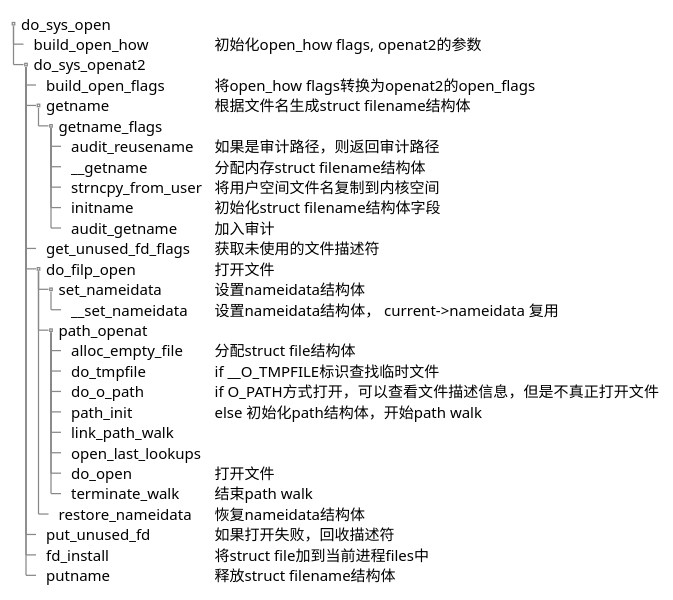
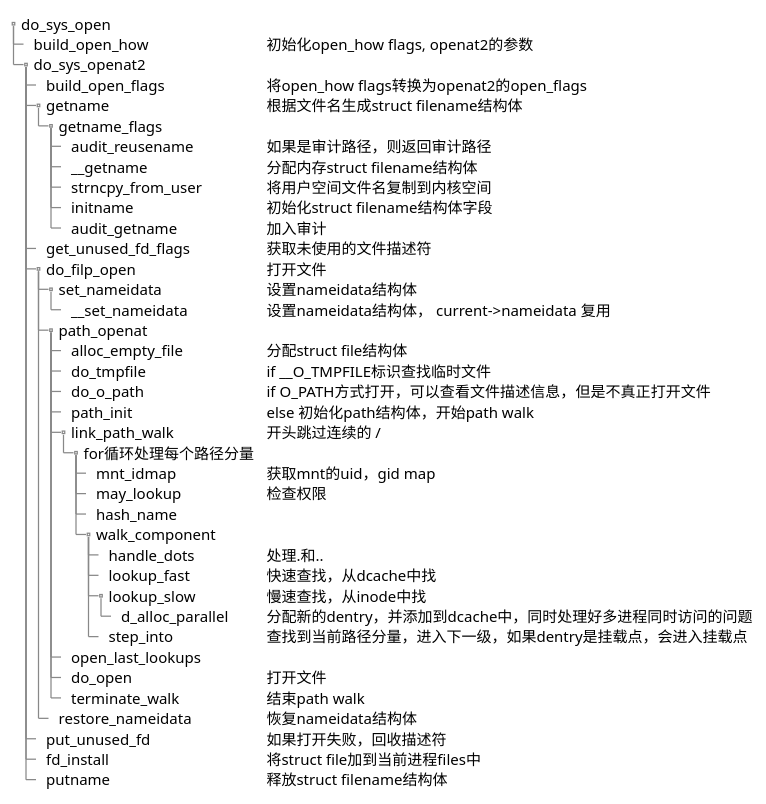
The first of 2 diagrams in notes/file.md (hml1006/linux-comment), drawn with PlantUML before and after one commit. The commit also changed other lines of this file, not shown here.

Commit message:
更新write flow文档

````diff
--- a/notes/file.md
+++ b/notes/file.md
@@ -603,35 +605,45 @@
 ```plantuml
 @startsalt
 {{T
 + do_sys_open
 ++ build_open_how       | 初始化open_how flags, openat2的参数
 ++ do_sys_openat2
 +++ build_open_flags    | 将open_how flags转换为openat2的open_flags
 +++ getname             | 根据文件名生成struct filename结构体
 ++++ getname_flags
 +++++ audit_reusename   | 如果是审计路径，则返回审计路径
 +++++ __getname         | 分配内存struct filename结构体
 +++++ strncpy_from_user | 将用户空间文件名复制到内核空间
 +++++ initname          | 初始化struct filename结构体字段
 +++++ audit_getname     | 加入审计
 +++ get_unused_fd_flags | 获取未使用的文件描述符
 +++ do_filp_open    | 打开文件
 ++++ set_nameidata | 设置nameidata结构体
 +++++ __set_nameidata | 设置nameidata结构体， current->nameidata 复用
 ++++ path_openat
 +++++ alloc_empty_file | 分配struct file结构体
 +++++ do_tmpfile | if __O_TMPFILE标识查找临时文件
 +++++ do_o_path | if O_PATH方式打开，可以查看文件描述信息，但是不真正打开文件
 +++++ path_init | else 初始化path结构体，开始path walk
-+++++ link_path_walk
++++++ link_path_walk    | 开头跳过连续的 /
+++++++ for循环处理每个路径分量
++++++++ mnt_idmap        | 获取mnt的uid，gid map
++++++++ may_lookup | 检查权限
++++++++ hash_name
++++++++ walk_component
+++++++++ handle_dots    | 处理.和..
+++++++++ lookup_fast | 快速查找，从dcache中找
+++++++++ lookup_slow | 慢速查找，从inode中找
++++++++++ d_alloc_parallel | 分配新的dentry，并添加到dcache中，同时处理好多进程同时访问的问题
+++++++++ step_into | 查找到当前路径分量，进入下一级，如果dentry是挂载点，会进入挂载点
 +++++ open_last_lookups
 +++++ do_open | 打开文件
 +++++ terminate_walk | 结束path walk
 ++++ restore_nameidata | 恢复nameidata结构体
 +++ put_unused_fd       | 如果打开失败，回收描述符
 +++ fd_install       | 将struct file加到当前进程files中
 +++ putname             | 释放struct filename结构体
 
 }}
 @endsalt
 ```
````
